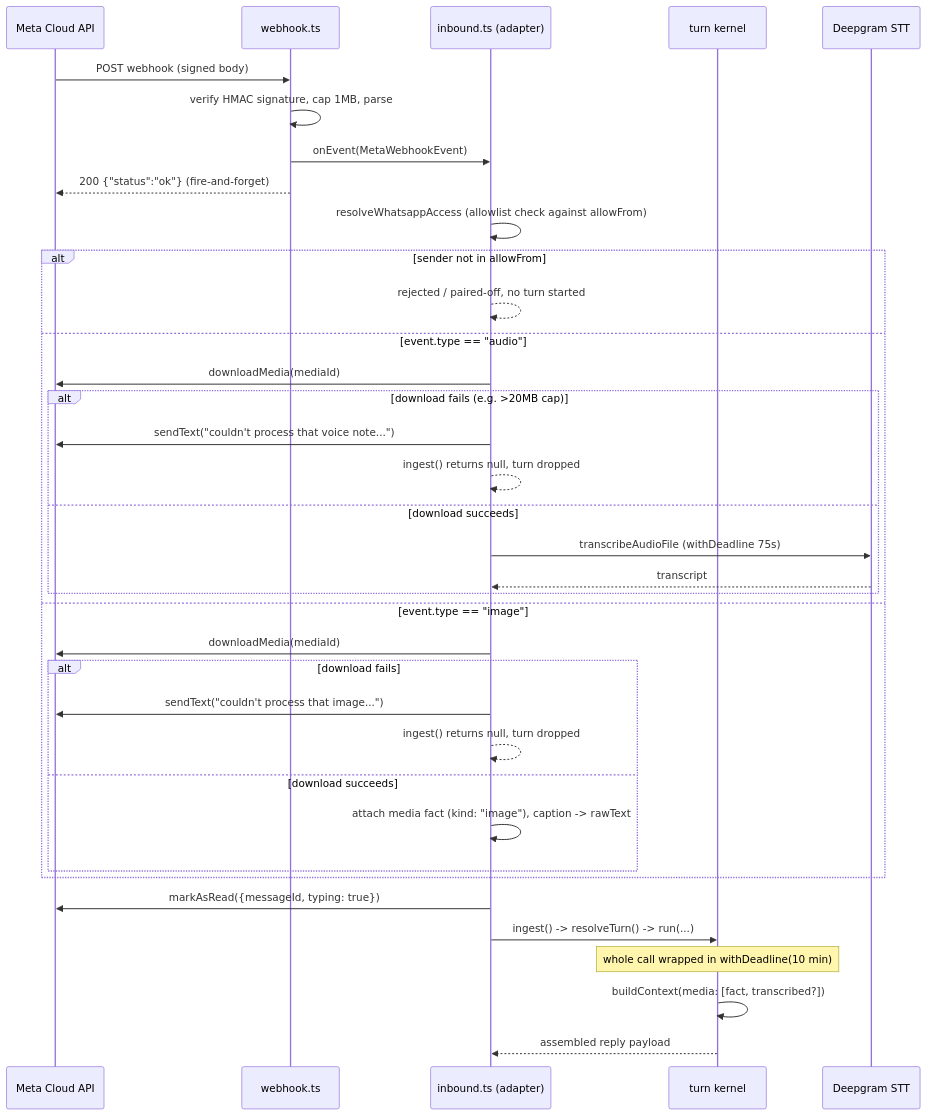
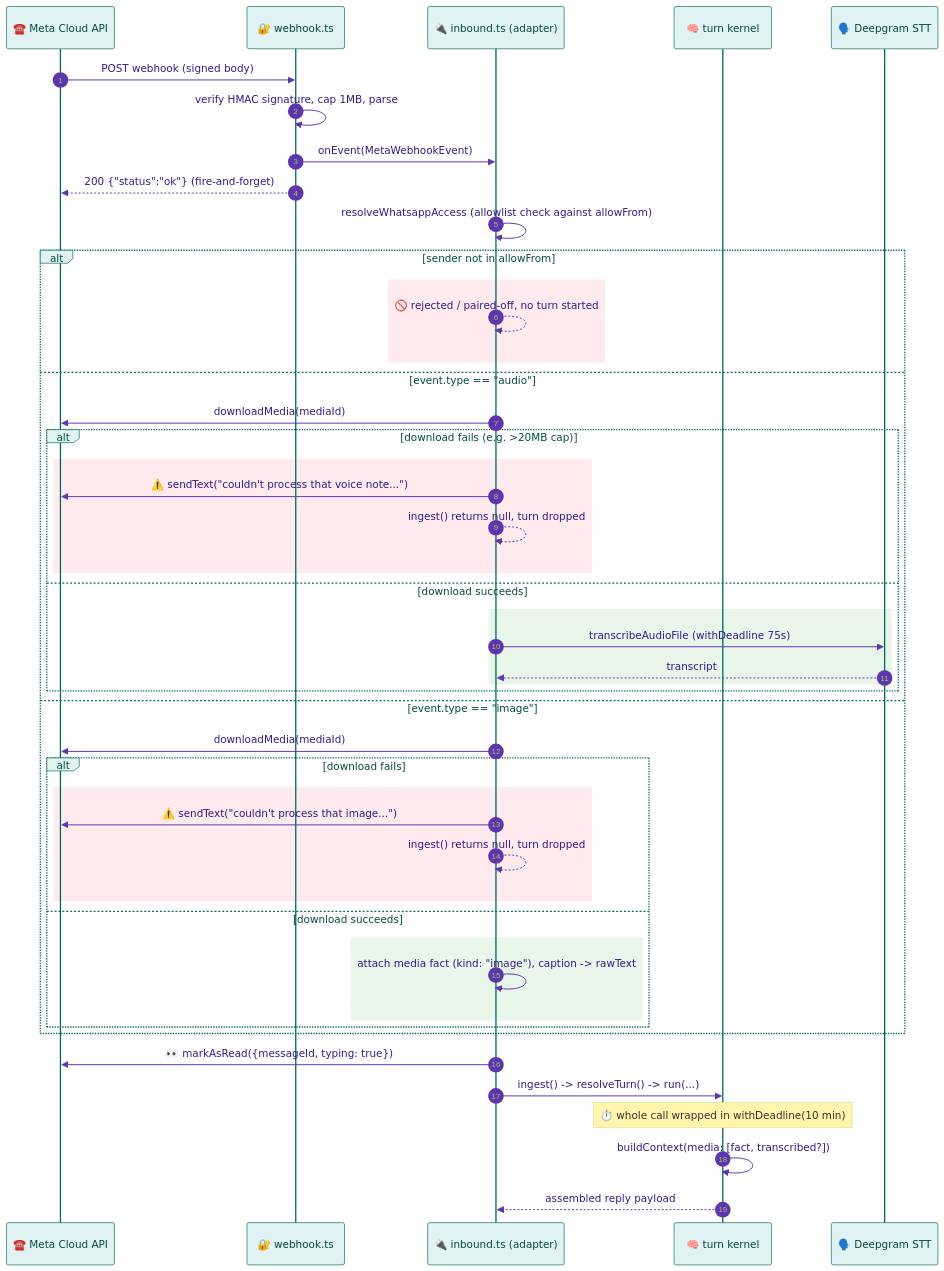
One commit to shqear93/openclaw-whatsapp-cloud changed the third of 6 diagrams in ARCHITECTURE.md. Above: the diagram before and after it, drawn with Mermaid. The commit also changed other lines of this file, not shown here.

First line of the commit message:
docs(architecture): restyle diagrams with color coding and icons

````diff
--- a/ARCHITECTURE.md
+++ b/ARCHITECTURE.md
@@ -240,39 +257,51 @@
 ```mermaid
+%%{init: {'theme': 'base', 'themeVariables': {'primaryColor': '#ede7f6', 'primaryBorderColor': '#5e35b1', 'primaryTextColor': '#311b92', 'lineColor': '#5e35b1', 'actorBkg': '#e0f2f1', 'actorBorder': '#00695c', 'actorTextColor': '#004d40', 'signalColor': '#5e35b1', 'signalTextColor': '#311b92'}}}%%
 sequenceDiagram
-    participant Meta as Meta Cloud API
-    participant WH as webhook.ts
-    participant IN as inbound.ts (adapter)
-    participant TK as turn kernel
-    participant DG as Deepgram STT
+    autonumber
+    participant Meta as ☎️ Meta Cloud API
+    participant WH as 🔐 webhook.ts
+    participant IN as 🔌 inbound.ts (adapter)
+    participant TK as 🧠 turn kernel
+    participant DG as 🗣️ Deepgram STT
 
     Meta->>WH: POST webhook (signed body)
     WH->>WH: verify HMAC signature, cap 1MB, parse
     WH->>IN: onEvent(MetaWebhookEvent)
     WH-->>Meta: 200 {"status":"ok"} (fire-and-forget)
     IN->>IN: resolveWhatsappAccess (allowlist check against allowFrom)
     alt sender not in allowFrom
-        IN-->>IN: rejected / paired-off, no turn started
+        rect rgb(255, 235, 238)
+        IN-->>IN: 🚫 rejected / paired-off, no turn started
+        end
     else event.type == "audio"
         IN->>Meta: downloadMedia(mediaId)
         alt download fails (e.g. >20MB cap)
-            IN->>Meta: sendText("couldn't process that voice note...")
+            rect rgb(255, 235, 238)
+            IN->>Meta: ⚠️ sendText("couldn't process that voice note...")
             IN-->>IN: ingest() returns null, turn dropped
+            end
         else download succeeds
+            rect rgb(232, 245, 233)
             IN->>DG: transcribeAudioFile (withDeadline 75s)
             DG-->>IN: transcript
+            end
         end
     else event.type == "image"
         IN->>Meta: downloadMedia(mediaId)
         alt download fails
-            IN->>Meta: sendText("couldn't process that image...")
+            rect rgb(255, 235, 238)
+            IN->>Meta: ⚠️ sendText("couldn't process that image...")
             IN-->>IN: ingest() returns null, turn dropped
+            end
         else download succeeds
+            rect rgb(232, 245, 233)
             IN->>IN: attach media fact (kind: "image"), caption -> rawText
+            end
         end
     end
-    IN->>Meta: markAsRead({messageId, typing: true})
+    IN->>Meta: 👀 markAsRead({messageId, typing: true})
     IN->>TK: ingest() -> resolveTurn() -> run(...)
-    Note over TK: whole call wrapped in withDeadline(10 min)
+    Note over TK: ⏱️ whole call wrapped in withDeadline(10 min)
     TK->>TK: buildContext(media: [fact, transcribed?])
     TK-->>IN: assembled reply payload
 ```
````
